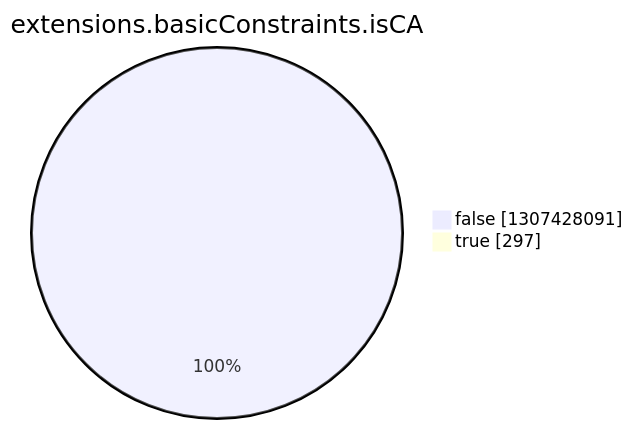
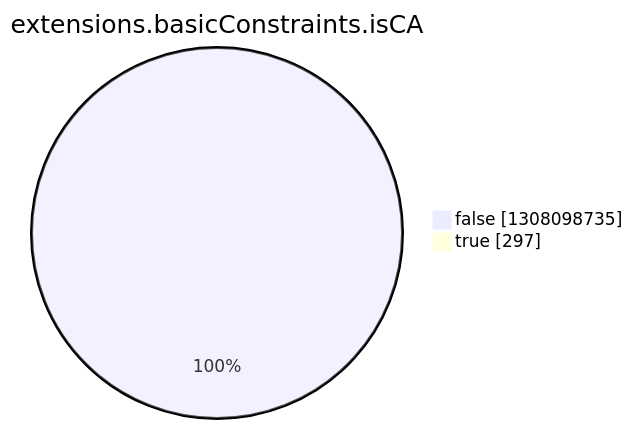
One commit to christiankrug/ctmonitor_visualization changed the eighth of 15 diagrams in argon2022/README.md. Above: the diagram before and after it, drawn with Mermaid. The commit also changed other lines of this file, not shown here.

````diff
--- a/argon2022/README.md
+++ b/argon2022/README.md
@@ -2757,6 +2757,6 @@
 ```mermaid
 pie showData
 title extensions.basicConstraints.isCA
-"false" :1307428091
+"false" :1308098735
 "true" :297
 ```
````
